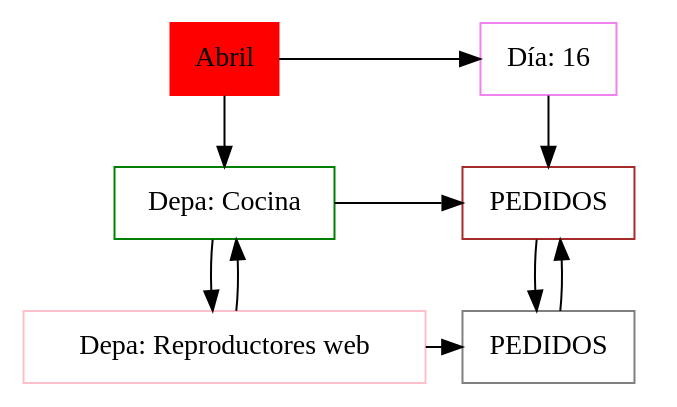
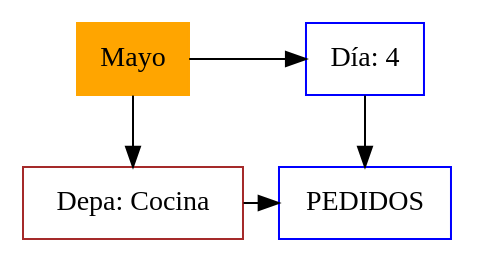
One commit to Daniel-Chicas/EDD_VirtualMall_201807079 changed the diagram in cliente/src/ImagenMatriz/Matriz.dot. Above: the diagram before and after it, drawn with Graphviz. The commit also changed 47 other files, not shown here.

```diff
--- a/cliente/src/ImagenMatriz/Matriz.dot
+++ b/cliente/src/ImagenMatriz/Matriz.dot
@@ -1,23 +1,15 @@
-digraph Daniel20214{
+digraph Daniel20215{
 node[shape=box];
-MT[label="Abril", style = filled, color=red, group = 1];
+MT[label="Mayo", style = filled, color=orange, group = 1];
 e0[shape = point, width = 0];
 e0[shape = point, width = 0];
-node0xc0002285a0[color=green, label="Depa: Cocina", group = 1];
-MT->node0xc0002285a0;
-node0xc0002285a0->node0xc0000ab2c0;
-node0xc0000ab2c0[color=pink, label="Depa: Reproductores web", group = 1];
-node0xc0000ab2c0->node0xc0002285a0;
-node0xc0002285f0[color=violet, label="Día: 16", group = 2];
-MT->node0xc0002285f0;
-{rank = same;MT;node0xc0002285f0;}
-node0xc000138280[color=brown, label="PEDIDOS", group = 2];
-node0xc0002285f0->node0xc000138280;
-node0xc0001384c0[color=gray, label="PEDIDOS", group = 2];
-node0xc000138280->node0xc0001384c0;
-node0xc0001384c0->node0xc000138280;
-node0xc0002285a0->node0xc000138280;
-{rank = same;node0xc0002285a0;node0xc000138280;}
-node0xc0000ab2c0->node0xc0001384c0;
-{rank = same;node0xc0000ab2c0;node0xc0001384c0;}
+node0xc000101270[color=brown, label="Depa: Cocina", group = 1];
+MT->node0xc000101270;
+node0xc0001012c0[color=blue, label="Día: 4", group = 2];
+MT->node0xc0001012c0;
+{rank = same;MT;node0xc0001012c0;}
+node0xc00047c880[color=blue, label="PEDIDOS", group = 2];
+node0xc0001012c0->node0xc00047c880;
+node0xc000101270->node0xc00047c880;
+{rank = same;node0xc000101270;node0xc00047c880;}
 }
```
